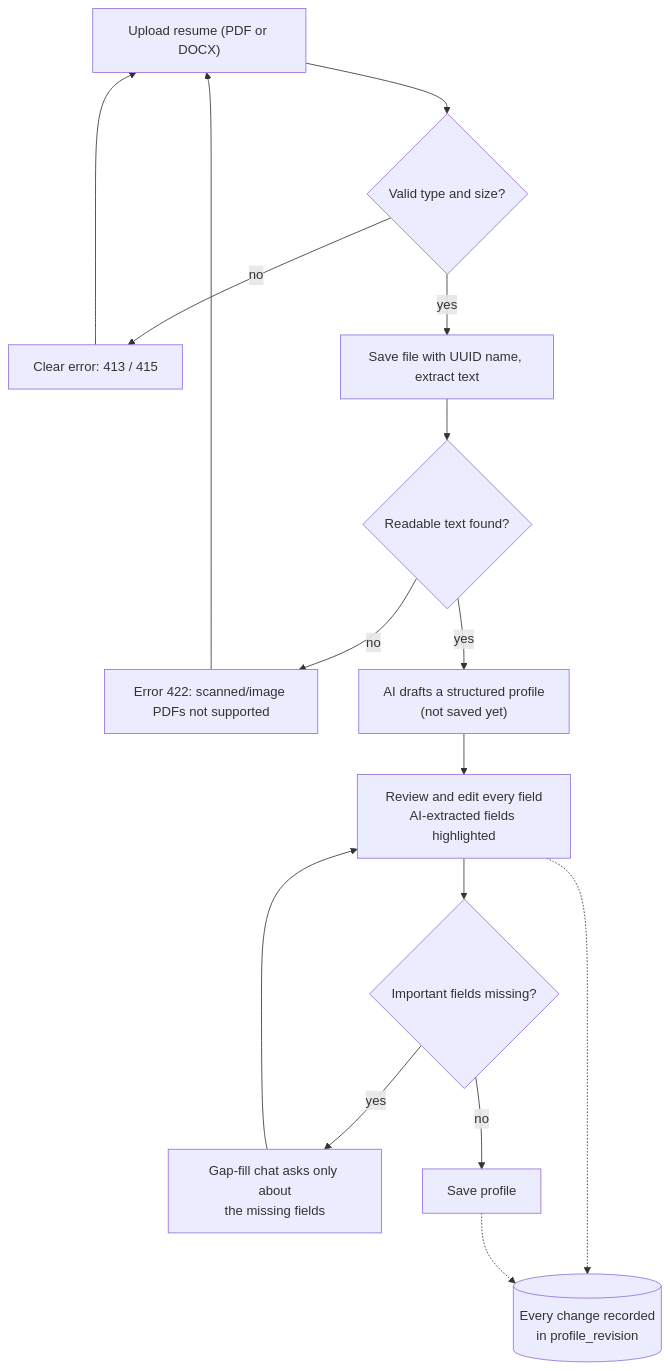
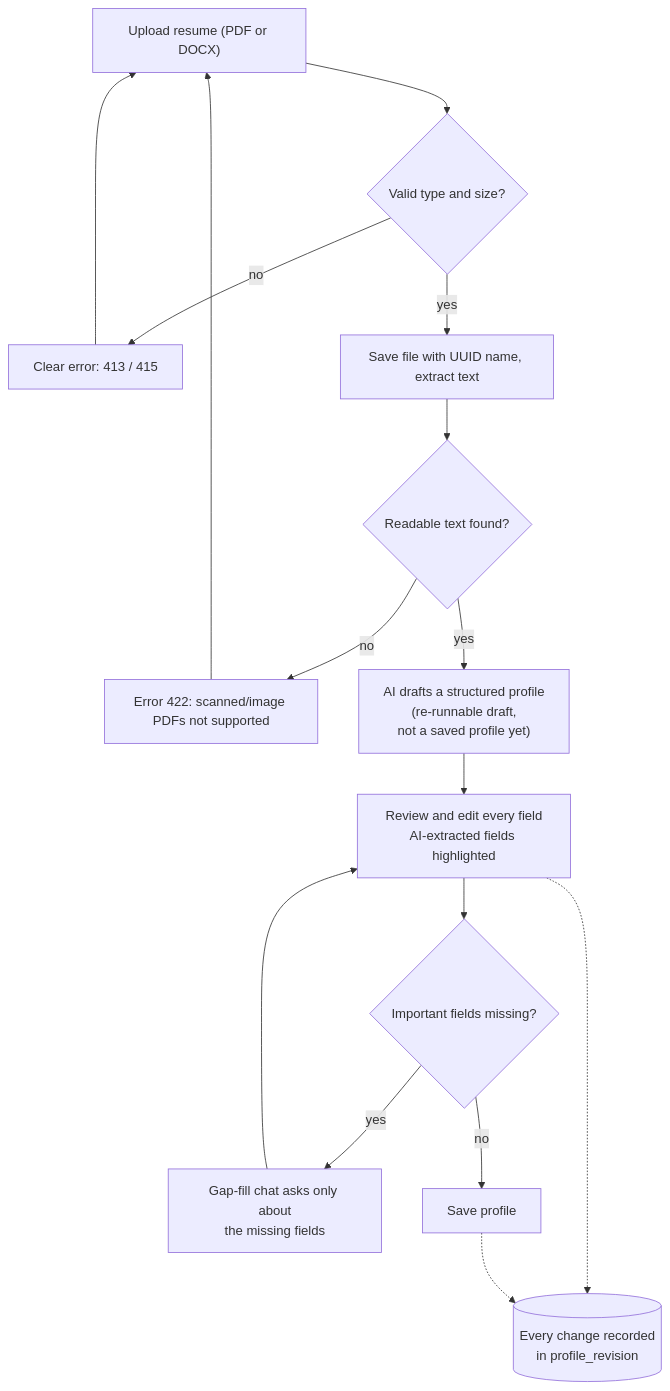
One commit to MSVhora/ai_job_assistant changed the first of 2 diagrams in docs/guide/02-upload-and-profile.md. Above: the diagram before and after it, drawn with Mermaid. The commit also changed other lines of this file and 23 other files, not shown here.

First line of the commit message:
Add LLM structured profile extraction with draft persistence

````diff
--- a/docs/guide/02-upload-and-profile.md
+++ b/docs/guide/02-upload-and-profile.md
@@ -16,18 +17,18 @@
 ```mermaid
 flowchart TD
     A["Upload resume (PDF or DOCX)"] --> B{"Valid type and size?"}
     B -- "no" --> B1["Clear error: 413 / 415"]
     B1 --> A
     B -- "yes" --> C["Save file with UUID name, extract text"]
     C --> D{"Readable text found?"}
     D -- "no" --> D1["Error 422: scanned/image PDFs not supported"]
     D1 --> A
-    D -- "yes" --> E["AI drafts a structured profile<br/>(not saved yet)"]
+    D -- "yes" --> E["AI drafts a structured profile<br/>(re-runnable draft,<br/>not a saved profile yet)"]
     E --> F["Review and edit every field<br/>AI-extracted fields highlighted"]
     F --> G{"Important fields missing?"}
     G -- "yes" --> H["Gap-fill chat asks only about<br/>the missing fields"]
     H --> F
     G -- "no" --> I["Save profile"]
     F -.-> J[("Every change recorded<br/>in profile_revision")]
     I -.-> J
 ```
````
